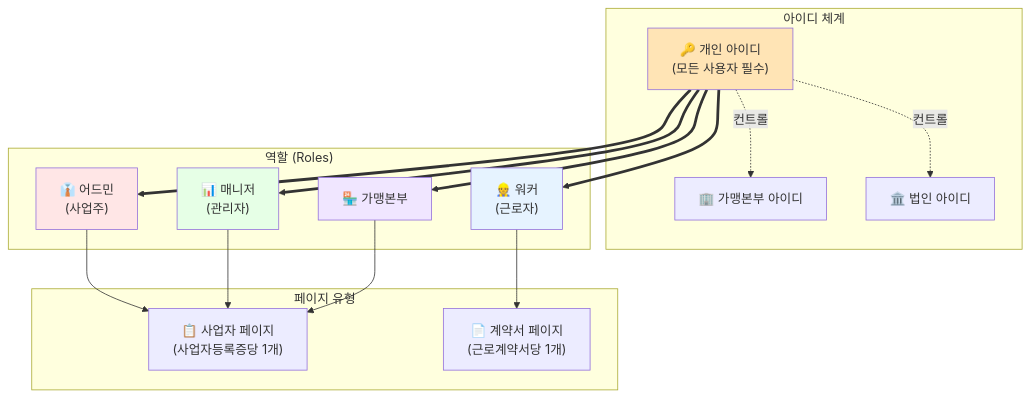
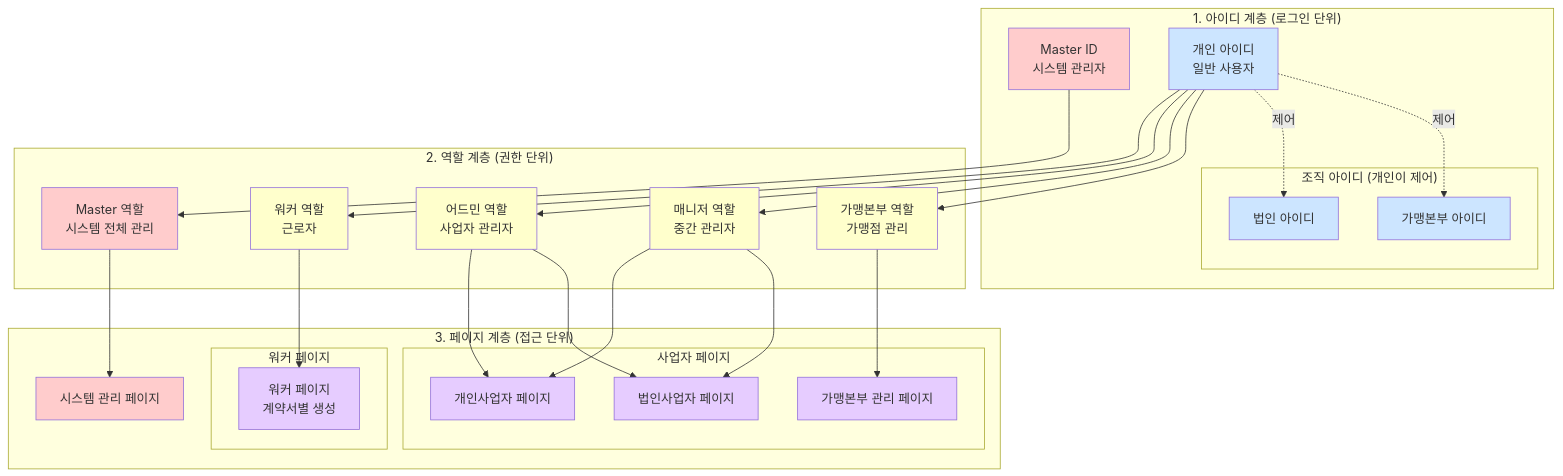
Before and after one commit to crazybass81/DOT: the first of 3 diagrams in services/attendance/user-permission-diagram.md, drawn with Mermaid. The commit also changed other lines of this file, not shown here.

````diff
--- a/services/attendance/user-permission-diagram.md
+++ b/services/attendance/user-permission-diagram.md
@@ -3,39 +12,61 @@
 ```mermaid
 graph TB
-    subgraph "아이디 체계"
-        PersonalID["🔑 개인 아이디<br/>(모든 사용자 필수)"]
-        FranchiseID["🏢 가맹본부 아이디"]
-        CorporateID["🏛️ 법인 아이디"]
+    subgraph "1. 아이디 계층 (로그인 단위)"
+        Master[Master ID<br/>시스템 관리자]
+        PersonalID[개인 아이디<br/>일반 사용자]
         
-        PersonalID -.컨트롤.-> FranchiseID
-        PersonalID -.컨트롤.-> CorporateID
+        subgraph "조직 아이디 (개인이 제어)"
+            CorpID[법인 아이디]
+            FranchiseID[가맹본부 아이디]
+        end
     end
     
-    subgraph "역할 (Roles)"
-        Worker["👷 워커<br/>(근로자)"]
-        Admin["👔 어드민<br/>(사업주)"]
-        Manager["📊 매니저<br/>(관리자)"]
-        FranchiseRole["🏪 가맹본부"]
+    subgraph "2. 역할 계층 (권한 단위)"
+        MasterRole[Master 역할<br/>시스템 전체 관리]
+        WorkerRole[워커 역할<br/>근로자]
+        AdminRole[어드민 역할<br/>사업자 관리자]
+        ManagerRole[매니저 역할<br/>중간 관리자]
+        FranchiseRole[가맹본부 역할<br/>가맹점 관리]
     end
     
-    subgraph "페이지 유형"
-        BusinessPage["📋 사업자 페이지<br/>(사업자등록증당 1개)"]
-        ContractPage["📄 계약서 페이지<br/>(근로계약서당 1개)"]
+    subgraph "3. 페이지 계층 (접근 단위)"
+        subgraph "사업자 페이지"
+            IndivBizPage[개인사업자 페이지]
+            CorpBizPage[법인사업자 페이지]
+            FranchiseMgmtPage[가맹본부 관리 페이지]
+        end
+        
+        subgraph "워커 페이지"
+            WorkerPageA[워커 페이지<br/>계약서별 생성]
+        end
+        
+        SystemPage[시스템 관리 페이지]
     end
     
-    PersonalID ==> Worker
-    PersonalID ==> Admin
-    PersonalID ==> Manager
-    PersonalID ==> FranchiseRole
+    %% 관계 정의
+    Master --> MasterRole
+    PersonalID --> WorkerRole
+    PersonalID --> AdminRole
+    PersonalID --> ManagerRole
+    PersonalID --> FranchiseRole
+    PersonalID -.제어.-> CorpID
+    PersonalID -.제어.-> FranchiseID
     
-    Worker --> ContractPage
-    Admin --> BusinessPage
-    Manager --> BusinessPage
-    FranchiseRole --> BusinessPage
+    AdminRole --> IndivBizPage
+    AdminRole --> CorpBizPage
+    ManagerRole --> IndivBizPage
+    ManagerRole --> CorpBizPage
+    FranchiseRole --> FranchiseMgmtPage
+    WorkerRole --> WorkerPageA
+    MasterRole --> SystemPage
     
-    style PersonalID fill:#FFE4B5
-    style Worker fill:#E6F3FF
-    style Admin fill:#FFE6E6
-    style Manager fill:#E6FFE6
-    style FranchiseRole fill:#F0E6FF
+    classDef masterClass fill:#ffcccc
+    classDef idClass fill:#cce5ff
+    classDef roleClass fill:#ffffcc
+    classDef pageClass fill:#e6ccff
+    
+    class Master,MasterRole,SystemPage masterClass
+    class PersonalID,CorpID,FranchiseID idClass
+    class WorkerRole,AdminRole,ManagerRole,FranchiseRole roleClass
+    class IndivBizPage,CorpBizPage,FranchiseMgmtPage,WorkerPageA pageClass
 ```
````
